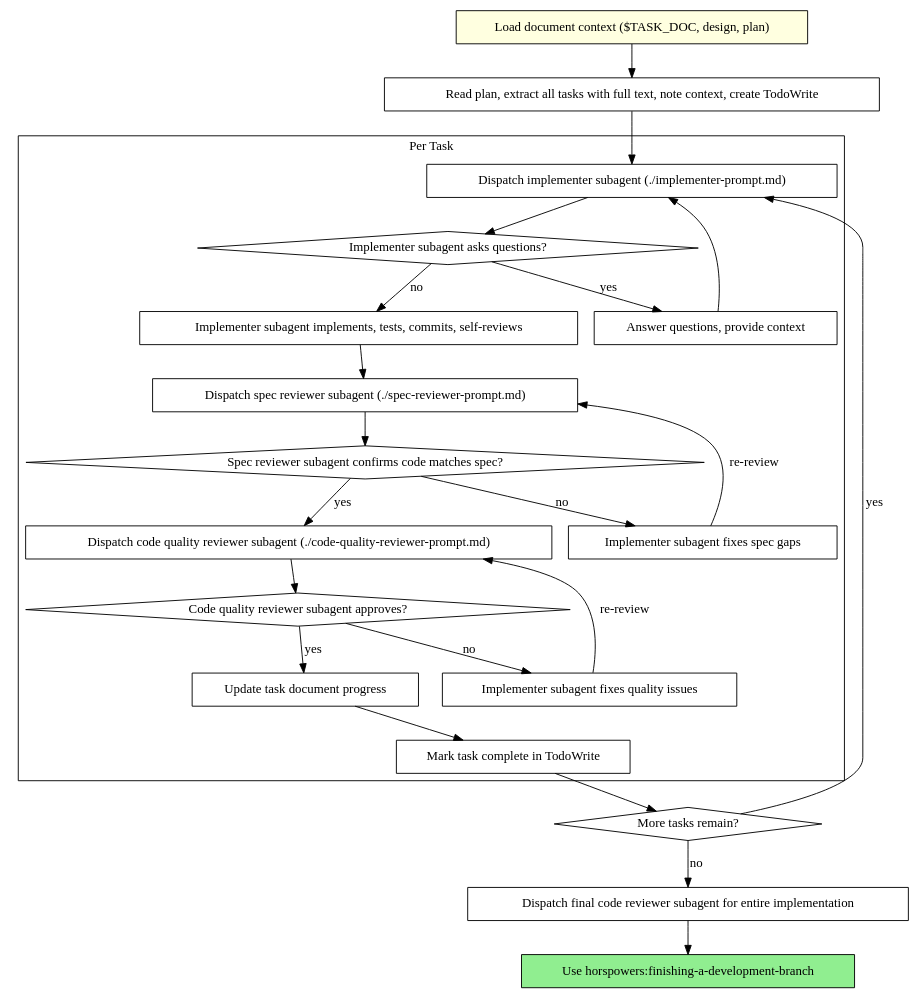
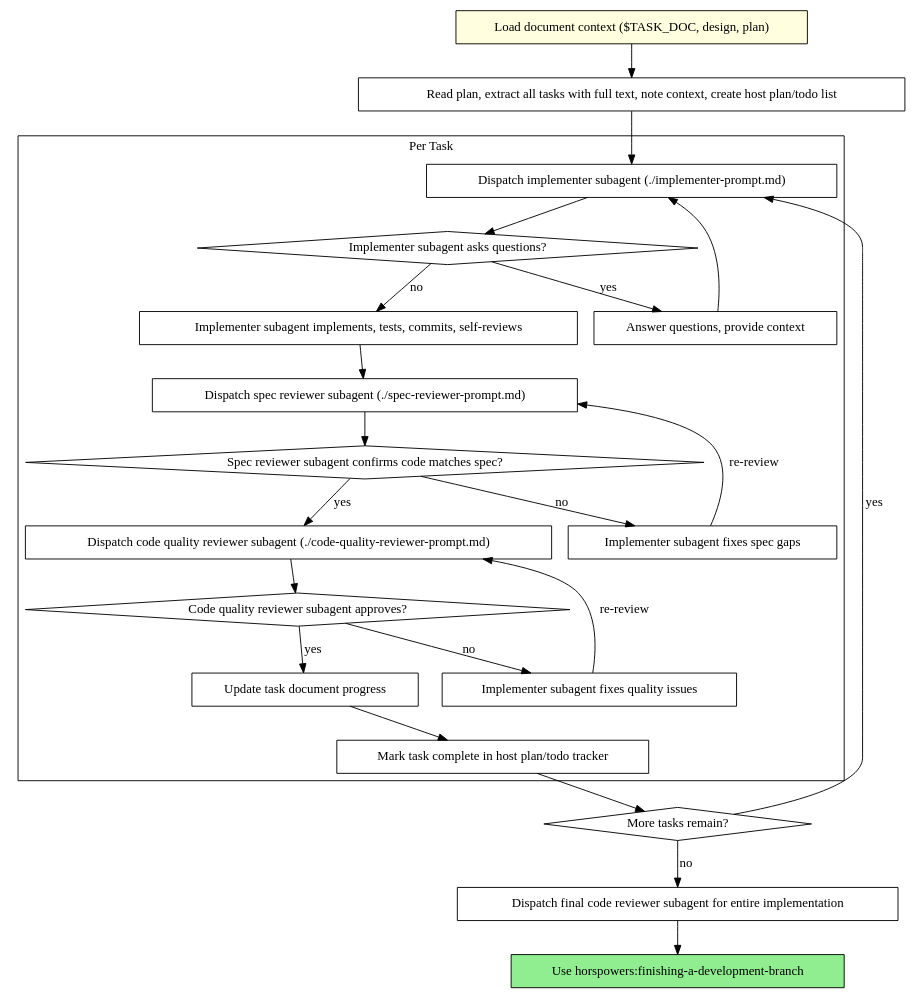
Before and after one commit to obra/superpowers: the second of 2 diagrams in skills/subagent-driven-development/SKILL.md, drawn with Graphviz. The commit also changed other lines of this file and 9 other files, not shown here.

````diff
--- a/skills/subagent-driven-development/SKILL.md
+++ b/skills/subagent-driven-development/SKILL.md
@@ -111,49 +111,49 @@
 ```dot
 digraph process {
     rankdir=TB;
 
     "Load document context ($TASK_DOC, design, plan)" [shape=box style=filled fillcolor=lightyellow];
-    "Read plan, extract all tasks with full text, note context, create TodoWrite" [shape=box];
+    "Read plan, extract all tasks with full text, note context, create host plan/todo list" [shape=box];
 
     subgraph cluster_per_task {
         label="Per Task";
         "Dispatch implementer subagent (./implementer-prompt.md)" [shape=box];
         "Implementer subagent asks questions?" [shape=diamond];
         "Answer questions, provide context" [shape=box];
         "Implementer subagent implements, tests, commits, self-reviews" [shape=box];
         "Dispatch spec reviewer subagent (./spec-reviewer-prompt.md)" [shape=box];
         "Spec reviewer subagent confirms code matches spec?" [shape=diamond];
         "Implementer subagent fixes spec gaps" [shape=box];
         "Dispatch code quality reviewer subagent (./code-quality-reviewer-prompt.md)" [shape=box];
         "Code quality reviewer subagent approves?" [shape=diamond];
         "Implementer subagent fixes quality issues" [shape=box];
         "Update task document progress" [shape=box];
-        "Mark task complete in TodoWrite" [shape=box];
+        "Mark task complete in host plan/todo tracker" [shape=box];
     }
 
     "More tasks remain?" [shape=diamond];
     "Dispatch final code reviewer subagent for entire implementation" [shape=box];
     "Use horspowers:finishing-a-development-branch" [shape=box style=filled fillcolor=lightgreen];
 
-    "Load document context ($TASK_DOC, design, plan)" -> "Read plan, extract all tasks with full text, note context, create TodoWrite";
-    "Read plan, extract all tasks with full text, note context, create TodoWrite" -> "Dispatch implementer subagent (./implementer-prompt.md)";
+    "Load document context ($TASK_DOC, design, plan)" -> "Read plan, extract all tasks with full text, note context, create host plan/todo list";
+    "Read plan, extract all tasks with full text, note context, create host plan/todo list" -> "Dispatch implementer subagent (./implementer-prompt.md)";
     "Dispatch implementer subagent (./implementer-prompt.md)" -> "Implementer subagent asks questions?";
     "Implementer subagent asks questions?" -> "Answer questions, provide context" [label="yes"];
     "Answer questions, provide context" -> "Dispatch implementer subagent (./implementer-prompt.md)";
     "Implementer subagent asks questions?" -> "Implementer subagent implements, tests, commits, self-reviews" [label="no"];
     "Implementer subagent implements, tests, commits, self-reviews" -> "Dispatch spec reviewer subagent (./spec-reviewer-prompt.md)";
     "Dispatch spec reviewer subagent (./spec-reviewer-prompt.md)" -> "Spec reviewer subagent confirms code matches spec?";
     "Spec reviewer subagent confirms code matches spec?" -> "Implementer subagent fixes spec gaps" [label="no"];
     "Implementer subagent fixes spec gaps" -> "Dispatch spec reviewer subagent (./spec-reviewer-prompt.md)" [label="re-review"];
     "Spec reviewer subagent confirms code matches spec?" -> "Dispatch code quality reviewer subagent (./code-quality-reviewer-prompt.md)" [label="yes"];
     "Dispatch code quality reviewer subagent (./code-quality-reviewer-prompt.md)" -> "Code quality reviewer subagent approves?";
     "Code quality reviewer subagent approves?" -> "Implementer subagent fixes quality issues" [label="no"];
     "Implementer subagent fixes quality issues" -> "Dispatch code quality reviewer subagent (./code-quality-reviewer-prompt.md)" [label="re-review"];
     "Code quality reviewer subagent approves?" -> "Update task document progress" [label="yes"];
-    "Update task document progress" -> "Mark task complete in TodoWrite";
-    "Mark task complete in TodoWrite" -> "More tasks remain?";
+    "Update task document progress" -> "Mark task complete in host plan/todo tracker";
+    "Mark task complete in host plan/todo tracker" -> "More tasks remain?";
     "More tasks remain?" -> "Dispatch implementer subagent (./implementer-prompt.md)" [label="yes"];
     "More tasks remain?" -> "Dispatch final code reviewer subagent for entire implementation" [label="no"];
     "Dispatch final code reviewer subagent for entire implementation" -> "Use horspowers:finishing-a-development-branch";
 }
 ```
````
